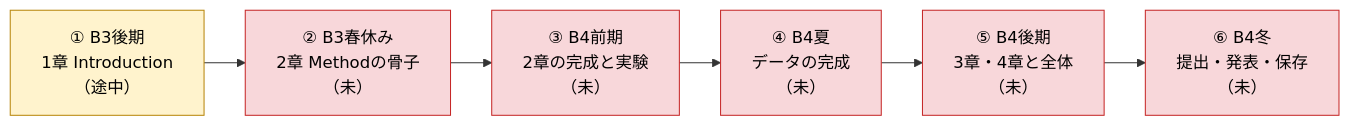
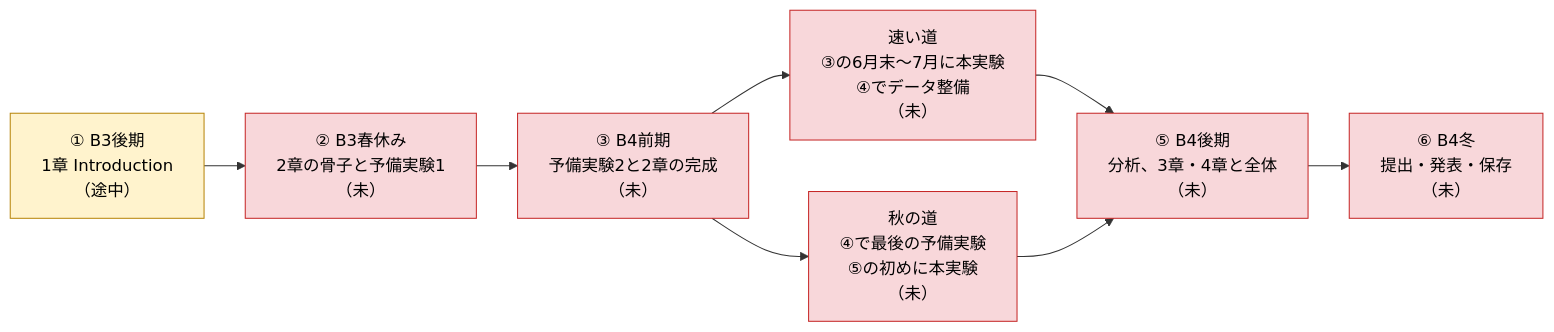
Before and after one commit to kikuchiken-waseda/sora_kitano: the first of 2 diagrams in GM/研究進捗の構造化.md, drawn with Mermaid. The commit also changed other lines of this file, not shown here.

````diff
--- a/GM/研究進捗の構造化.md
+++ b/GM/研究進捗の構造化.md
@@ -81,14 +99,16 @@
 ```mermaid
 %%{init: {"flowchart": {"rankSpacing": 40}}}%%
 flowchart LR
-  P1["① B3後期<br/>1章 Introduction<br/>（途中）"] --> P2["② B3春休み<br/>2章 Methodの骨子<br/>（未）"]
-  P2 --> P3["③ B4前期<br/>2章の完成と実験<br/>（未）"]
-  P3 --> P4["④ B4夏<br/>データの完成<br/>（未）"]
-  P4 --> P5["⑤ B4後期<br/>3章・4章と全体<br/>（未）"]
+  P1["① B3後期<br/>1章 Introduction<br/>（途中）"] --> P2["② B3春休み<br/>2章の骨子と予備実験1<br/>（未）"]
+  P2 --> P3["③ B4前期<br/>予備実験2と2章の完成<br/>（未）"]
+  P3 --> FAST["速い道<br/>③の6月末〜7月に本実験<br/>④でデータ整備<br/>（未）"]
+  P3 --> AUTUMN["秋の道<br/>④で最後の予備実験<br/>⑤の初めに本実験<br/>（未）"]
+  FAST --> P5["⑤ B4後期<br/>分析、3章・4章と全体<br/>（未）"]
+  AUTUMN --> P5
   P5 --> P6["⑥ B4冬<br/>提出・発表・保存<br/>（未）"]
  
   classDef partial fill:#fff3cd,stroke:#b8860b,color:#000
   classDef todo fill:#f8d7da,stroke:#c62828,color:#000
   class P1 partial
-  class P2,P3,P4,P5,P6 todo
+  class P2,P3,FAST,AUTUMN,P5,P6 todo
 ```
````
